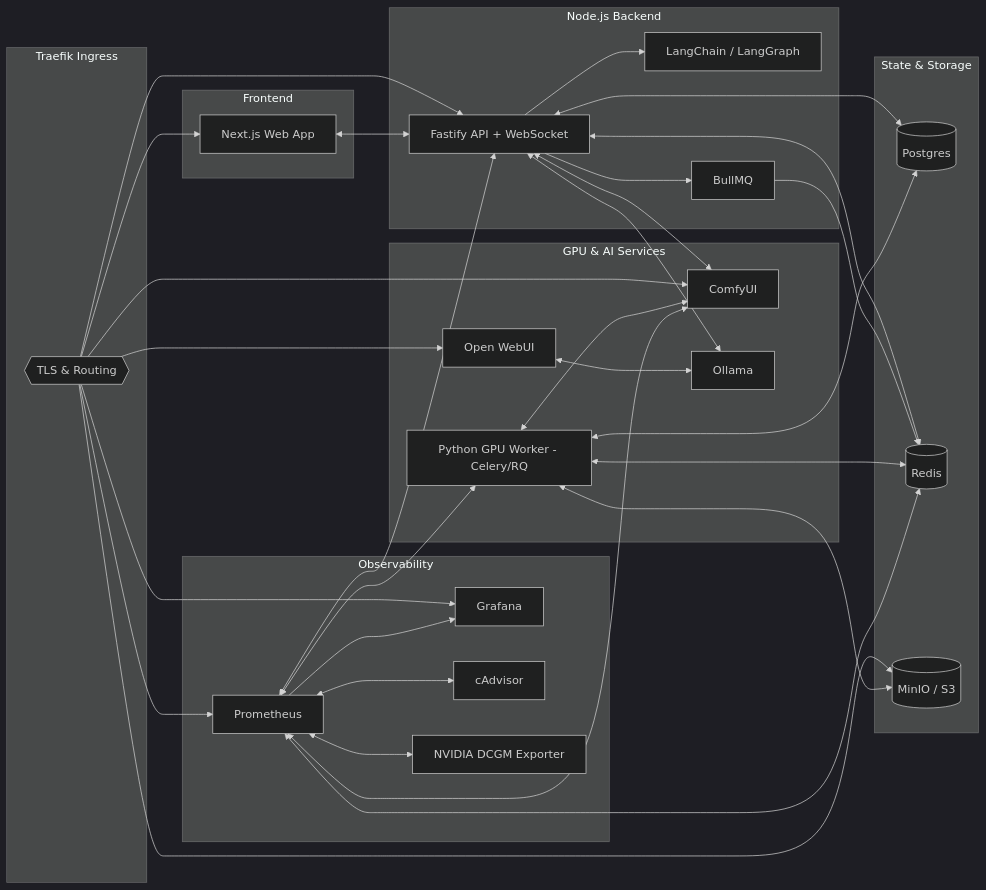
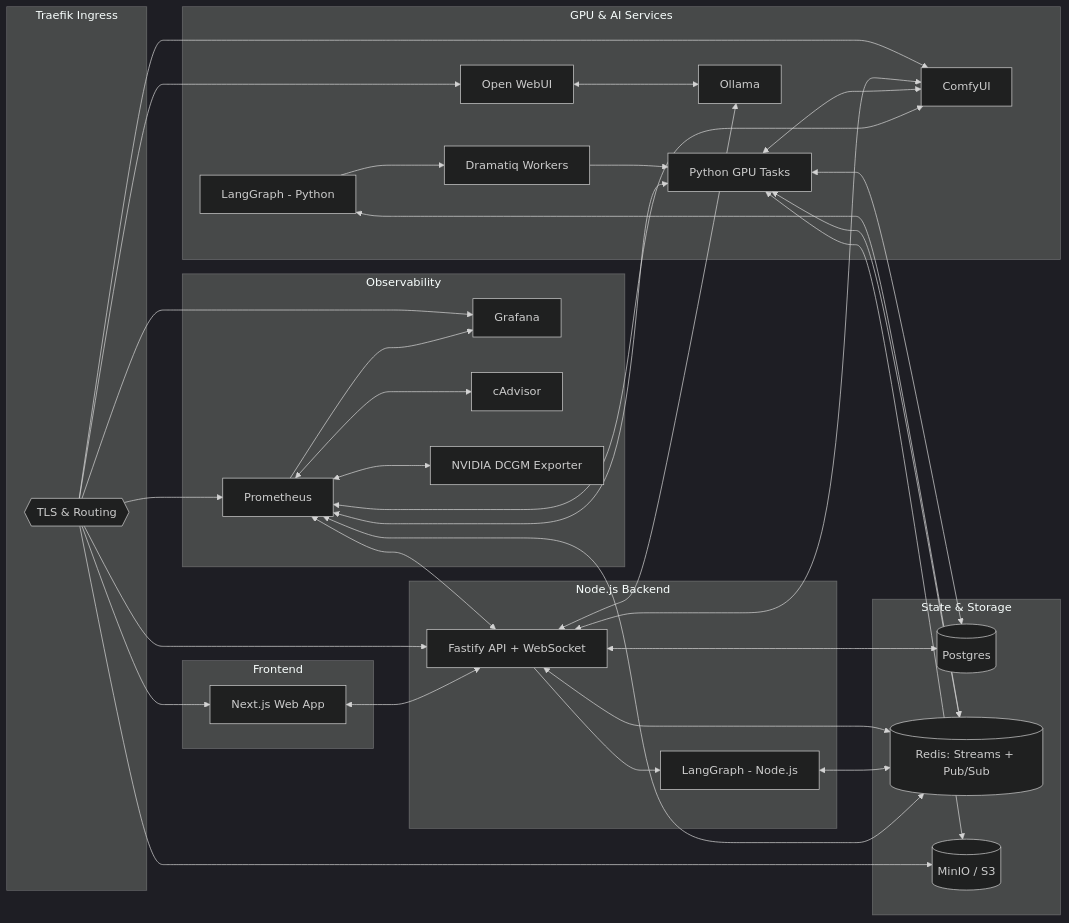
The first of 5 diagrams in docs/02_architecture_overview.md (ktzevani/myspinbot), drawn with Mermaid (dark theme) before and after one commit. The commit also changed other lines of this file and 6 other files, not shown here.

Commit message:
Revised project architecture. Introduces new architecture with a double LangGraph orchestration (cross runtime), Redis Streams insteadn of BullMQ and Dramatiq instead of Celery.

````diff
--- a/docs/02_architecture_overview.md
+++ b/docs/02_architecture_overview.md
@@ -11,70 +12,76 @@
 ```mermaid
 flowchart LR
     %% Groups
     subgraph Ingress["Traefik Ingress"]
         T{{TLS & Routing}}
     end
 
     subgraph Frontend
         UI[Next.js Web App]
     end
 
     subgraph Backend["Node.js Backend"]
         API[Fastify API + WebSocket]
-        LG[LangChain / LangGraph]
-        Q[BullMQ]
+        LGN[LangGraph - Node.js]
     end
 
     subgraph Workers["GPU & AI Services"]
-        PW[Python GPU Worker - Celery/RQ]
+        LGP[LangGraph - Python]
+        DR[Dramatiq Workers]
+        PW[Python GPU Tasks]
         CU[ComfyUI]
         OL[Ollama]
         OW[Open WebUI]
     end
 
     subgraph Data["State & Storage"]
         PG[(Postgres)]
-        RD[(Redis)]
+        RD[(Redis: Streams + Pub/Sub)]
         S3[(MinIO / S3)]
     end
 
     subgraph Observability
         PR[Prometheus]
         GF[Grafana]
         CA[cAdvisor]
         NV[NVIDIA DCGM Exporter]
     end
 
     %% Connections
     T --> UI
     T --> API
     T --> OW
     T --> CU
     T --> GF
     T --> PR
     T --> S3
 
     UI <--> API
-    API --> LG
+    API --> LGN
     API <--> RD
     API <--> PG
     API <--> OL
     API <--> CU
-    API --> Q
-    Q --> RD
 
+    %% Redis bridge between planes
+    LGN <--> RD
+    LGP <--> RD
+
+    %% Python execution plane
+    LGP --> DR
+    DR --> PW
     PW <--> CU
     PW <--> S3
     PW <--> RD
     PW <--> PG
 
     OW <--> OL
 
     PR --> GF
     PR <--> CA
     PR <--> NV
     PR <--> API
     PR <--> PW
     PR <--> RD
     PR <--> CU
 ```
````
